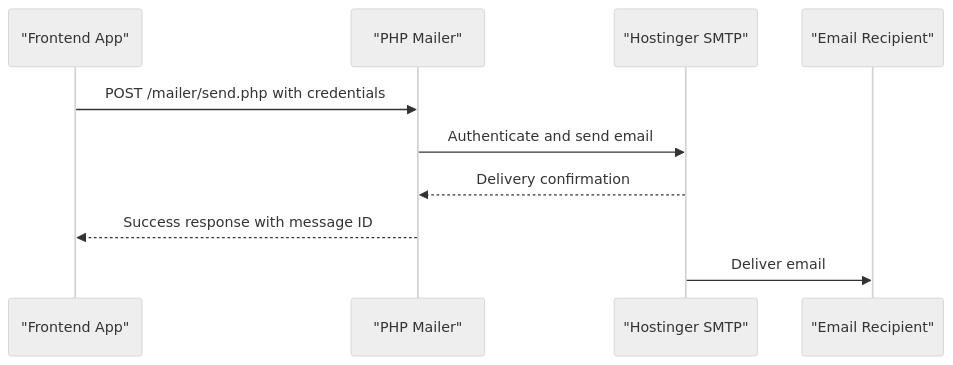
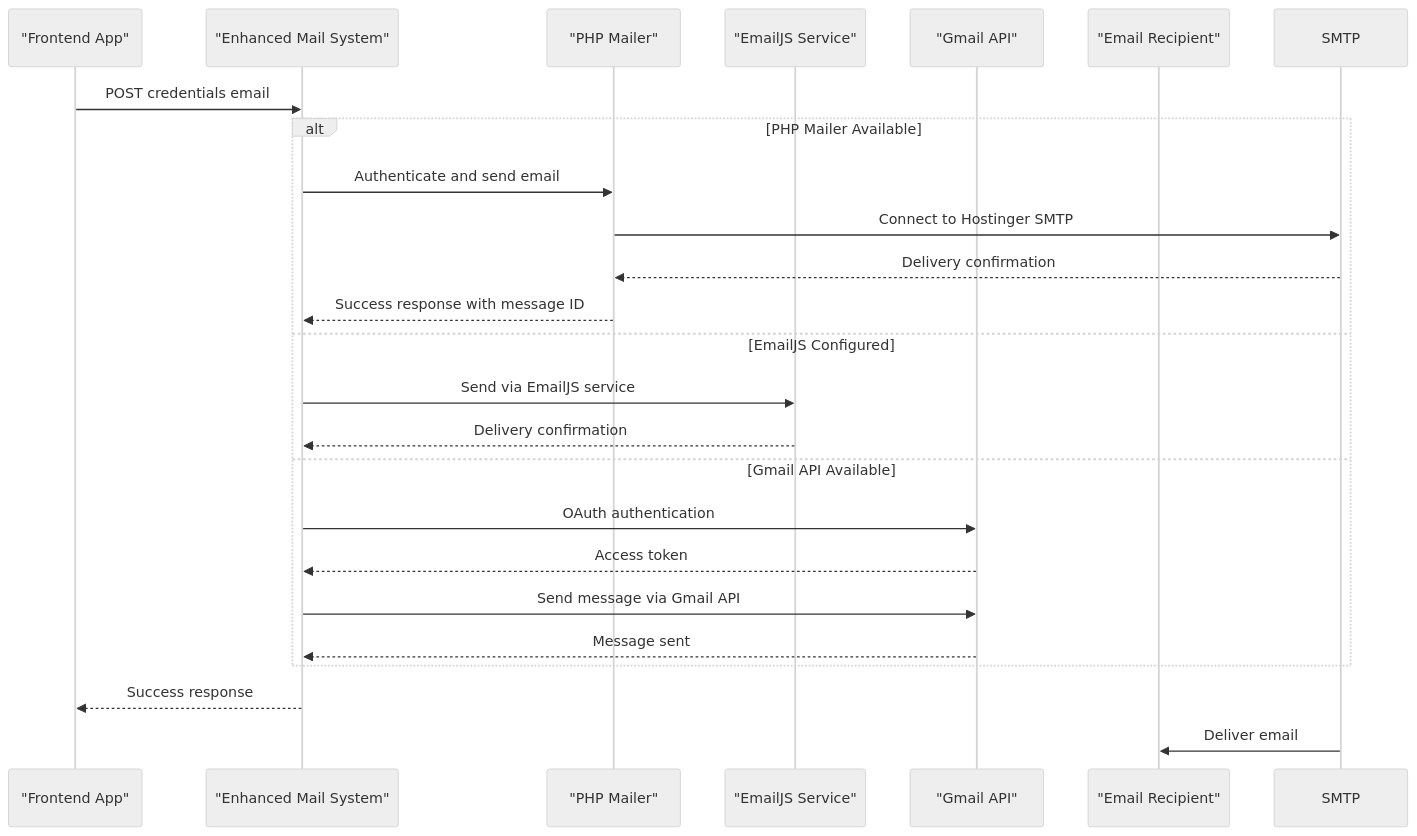
Before and after one commit to imcbsglobal/TRELLISCO_ERP_FRONTEND: the ninth of 15 diagrams in .qoder/repowiki/en/content/Configuration and Environment.md, drawn with Mermaid (neutral theme). The commit also changed other lines of this file and 16 other files, not shown here.

````diff
--- a/.qoder/repowiki/en/content/Configuration and Environment.md
+++ b/.qoder/repowiki/en/content/Configuration and Environment.md
@@ -353,12 +410,26 @@
 ```mermaid
 sequenceDiagram
 participant Frontend as "Frontend App"
-participant Mailer as "PHP Mailer"
-participant SMTP as "Hostinger SMTP"
+participant Mailer as "Enhanced Mail System"
+participant PHPMailer as "PHP Mailer"
+participant EmailJS as "EmailJS Service"
+participant Gmail as "Gmail API"
 participant Recipient as "Email Recipient"
-Frontend->>Mailer : POST /mailer/send.php with credentials
-Mailer->>SMTP : Authenticate and send email
-SMTP-->>Mailer : Delivery confirmation
-Mailer-->>Frontend : Success response with message ID
+Frontend->>Mailer : POST credentials email
+alt PHP Mailer Available
+Mailer->>PHPMailer : Authenticate and send email
+PHPMailer->>SMTP : Connect to Hostinger SMTP
+SMTP-->>PHPMailer : Delivery confirmation
+PHPMailer-->>Mailer : Success response with message ID
+else EmailJS Configured
+Mailer->>EmailJS : Send via EmailJS service
+EmailJS-->>Mailer : Delivery confirmation
+else Gmail API Available
+Mailer->>Gmail : OAuth authentication
+Gmail-->>Mailer : Access token
+Mailer->>Gmail : Send message via Gmail API
+Gmail-->>Mailer : Message sent
+end
+Mailer-->>Frontend : Success response
 SMTP->>Recipient : Deliver email
 ```
````
